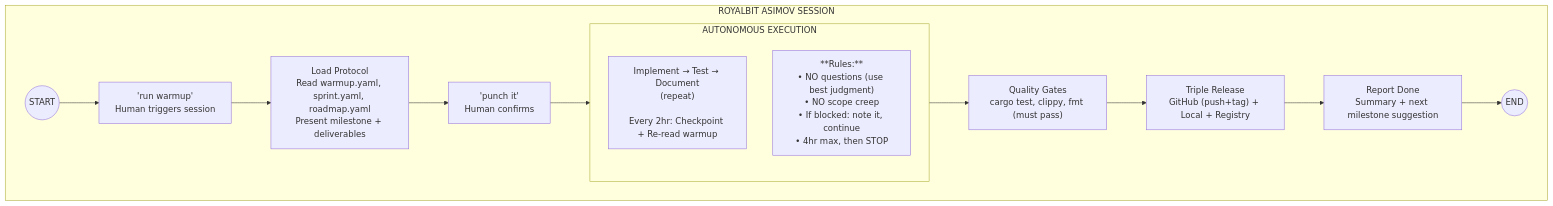
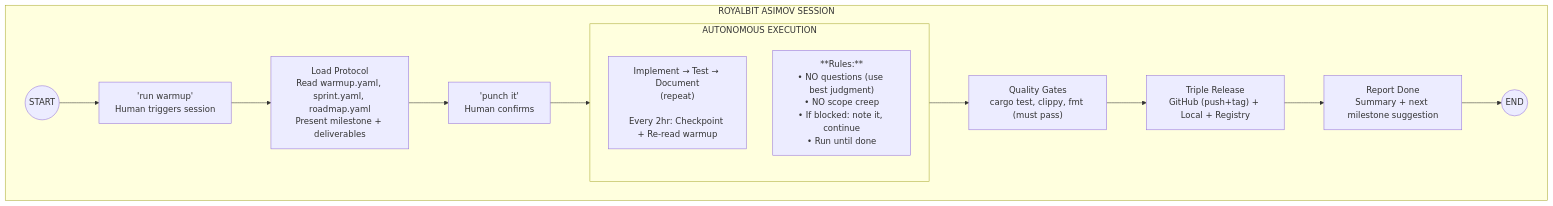
The third of 3 diagrams in docs/ROYALBIT_ASIMOV.md (royalbit/asimov), drawn with Mermaid before and after one commit. The commit also changed other lines of this file and 43 other files, not shown here.

First line of the commit message:
feat(v9.12.0): Protocol updates - remove max_hours, improve rules (ADR-048)

````diff
--- a/docs/ROYALBIT_ASIMOV.md
+++ b/docs/ROYALBIT_ASIMOV.md
@@ -100,23 +100,23 @@
 ```mermaid
 flowchart TB
     subgraph session["ROYALBIT ASIMOV SESSION"]
         START((START))
         RW["'run warmup'<br/>Human triggers session"]
         LP["Load Protocol<br/>Read warmup.yaml, sprint.yaml, roadmap.yaml<br/>Present milestone + deliverables"]
         PI["'punch it'<br/>Human confirms"]
 
         subgraph auto["AUTONOMOUS EXECUTION"]
             direction TB
             LOOP["Implement → Test → Document<br/>(repeat)<br/><br/>Every 2hr: Checkpoint + Re-read warmup"]
-            RULES["**Rules:**<br/>• NO questions (use best judgment)<br/>• NO scope creep<br/>• If blocked: note it, continue<br/>• 4hr max, then STOP"]
+            RULES["**Rules:**<br/>• NO questions (use best judgment)<br/>• NO scope creep<br/>• If blocked: note it, continue<br/>• Run until done"]
         end
 
         QG["Quality Gates<br/>cargo test, clippy, fmt (must pass)"]
         TR["Triple Release<br/>GitHub (push+tag) + Local + Registry"]
         RD["Report Done<br/>Summary + next milestone suggestion"]
         STOP((END))
 
         START --> RW --> LP --> PI --> auto
         auto --> QG --> TR --> RD --> STOP
     end
 ```
````
